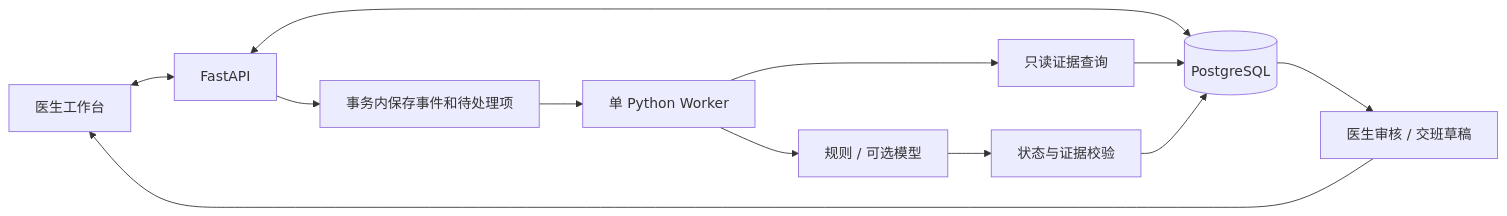
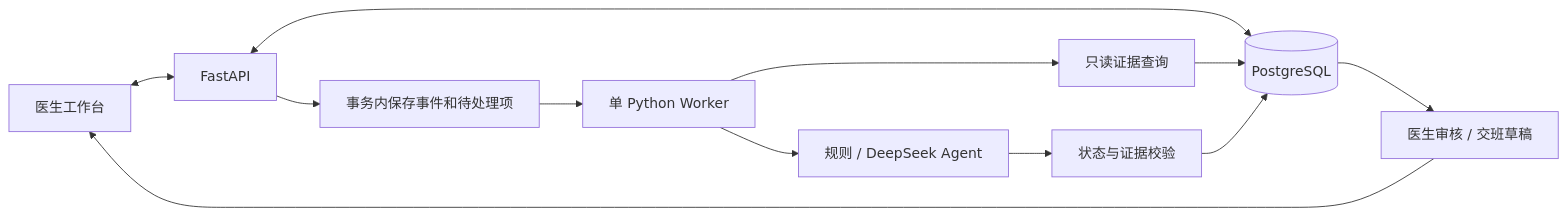
Before and after one commit to yule0129/Medical_agent_assistant: the diagram in README.md, drawn with Mermaid. The commit also changed other lines of this file and 79 other files, not shown here.

Commit message:
feat: add DeepSeek agents and admission review workflow

````diff
--- a/README.md
+++ b/README.md
@@ -94,14 +112,14 @@
 ```mermaid
 flowchart LR
     Web[医生工作台] <--> API[FastAPI]
     API <--> DB[(PostgreSQL)]
     API --> Queue[事务内保存事件和待处理项]
     Queue --> Worker[单 Python Worker]
-    Worker --> Provider[规则 / 可选模型]
+    Worker --> Provider[规则 / DeepSeek Agent]
     Worker --> Evidence[只读证据查询]
     Evidence --> DB
     Provider --> Guard[状态与证据校验]
     Guard --> DB
     DB --> Review[医生审核 / 交班草稿]
     Review --> Web
 ```
````
